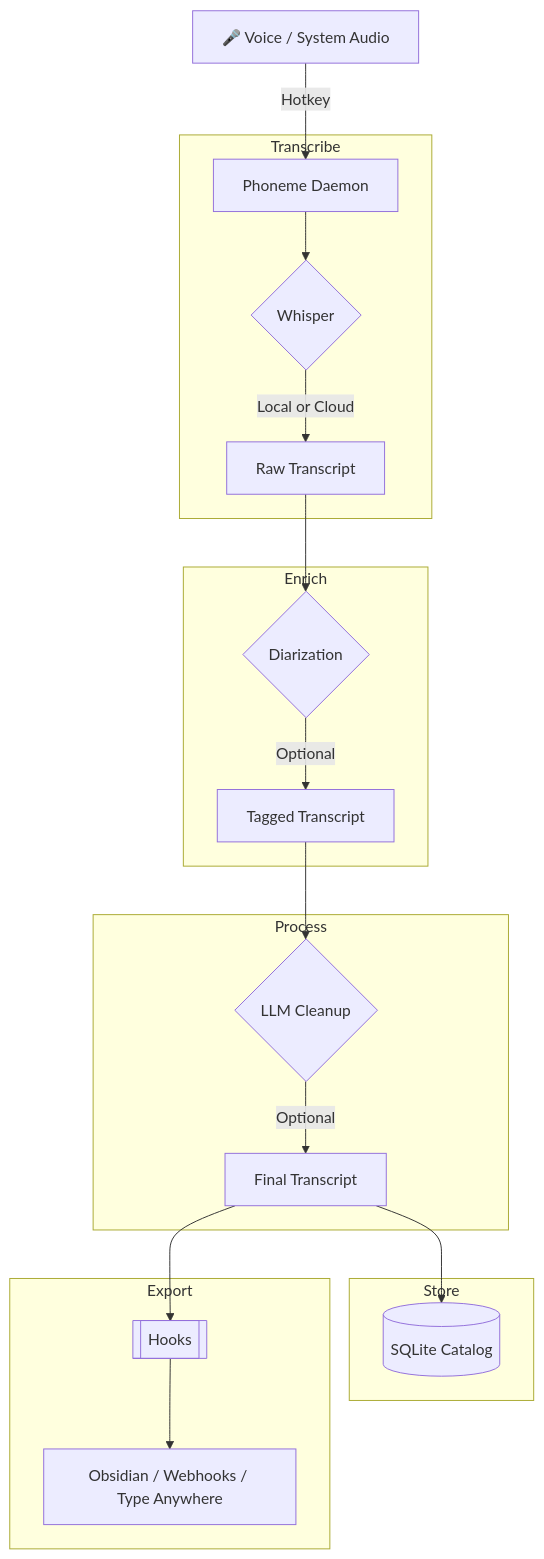
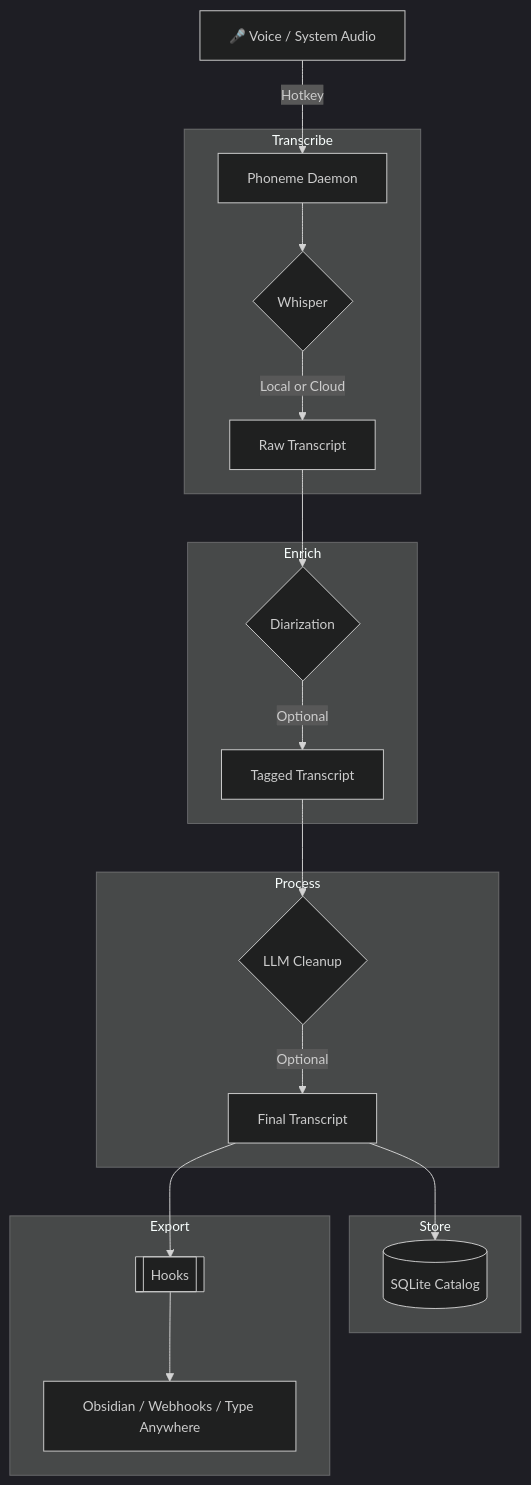
Before and after one commit to namefailed/phoneme: the diagram in README.md, drawn with Mermaid.

Commit message:
docs: adjust mermaid diagram scale with smaller font

````diff
--- a/README.md
+++ b/README.md
@@ -33,28 +33,29 @@
 ```mermaid
+%%{init: {'flowchart': {'curve': 'basis', 'useMaxWidth': true}, 'theme': 'dark', 'themeVariables': { 'fontSize': '14px' }}}%%
 flowchart TD
     Input[🎤 Voice / System Audio] -->|Hotkey| Daemon[Phoneme Daemon]
     
     subgraph Transcribe
         Daemon --> Whisper{Whisper}
         Whisper -->|Local or Cloud| Raw[Raw Transcript]
     end
     
     subgraph Enrich
         Raw --> Diarize{Diarization}
         Diarize -->|Optional| Tagged[Tagged Transcript]
     end
     
     subgraph Process
         Tagged --> LLM{LLM Cleanup}
         LLM -->|Optional| Final[Final Transcript]
     end
     
     subgraph Store
         Final --> Catalog[(SQLite Catalog)]
     end
     
     subgraph Export
         Final --> Hooks[[Hooks]]
         Hooks --> Dest[Obsidian / Webhooks / Type Anywhere]
     end
 ```
````
